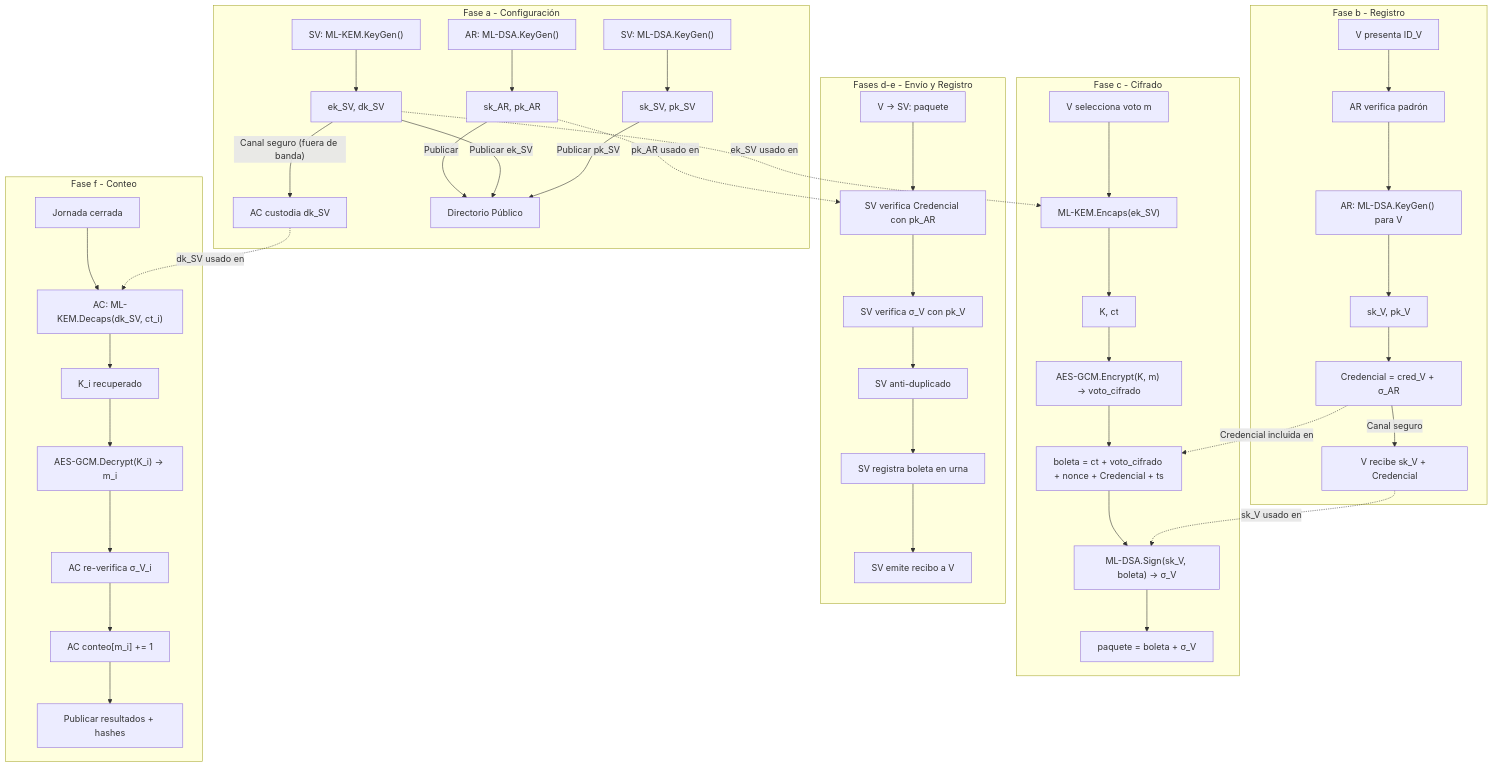
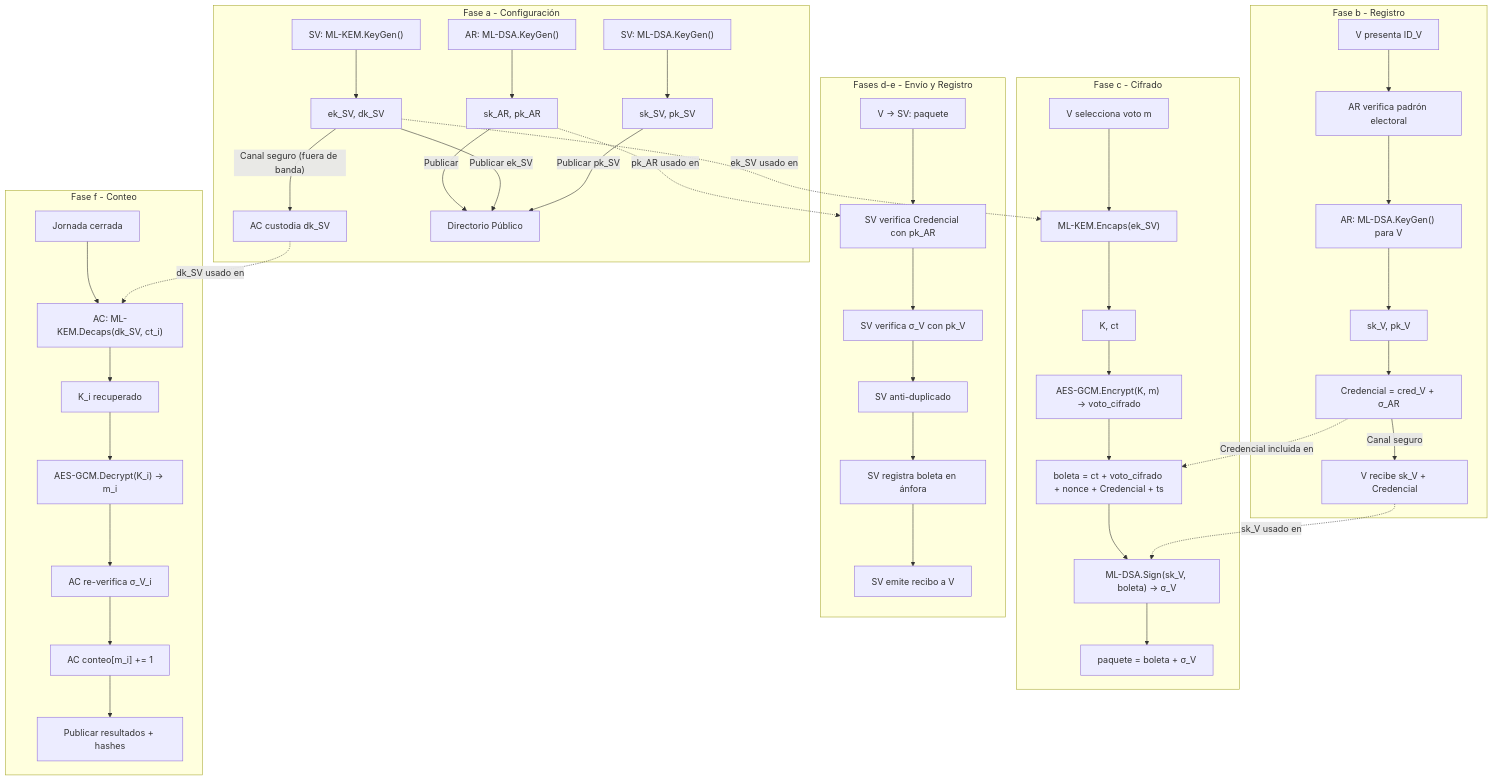
Before and after one commit to flavioabdon/cripto-reticulos: the second of 2 diagrams in docs/diagrama_flujo.md, drawn with Mermaid. The commit also changed other lines of this file and 33 other files, not shown here.

````diff
--- a/docs/diagrama_flujo.md
+++ b/docs/diagrama_flujo.md
@@ -226,52 +226,52 @@
 ```mermaid
 graph TD
     subgraph "Fase a - Configuración"
         A1["AR: ML-DSA.KeyGen()"] --> A2["sk_AR, pk_AR"]
         B1["SV: ML-KEM.KeyGen()"] --> B2["ek_SV, dk_SV"]
         B3["SV: ML-DSA.KeyGen()"] --> B4["sk_SV, pk_SV"]
         B2 -->|"Canal seguro (fuera de banda)"| C1["AC custodia dk_SV"]
         A2 -->|"Publicar"| DIR["Directorio Público"]
         B2 -->|"Publicar ek_SV"| DIR
         B4 -->|"Publicar pk_SV"| DIR
     end
 
     subgraph "Fase b - Registro"
-        D1["V presenta ID_V"] --> D2["AR verifica padrón"]
+        D1["V presenta ID_V"] --> D2["AR verifica padrón electoral"]
         D2 --> D3["AR: ML-DSA.KeyGen() para V"]
         D3 --> D4["sk_V, pk_V"]
         D4 --> D5["Credencial = cred_V + σ_AR"]
         D5 -->|"Canal seguro"| D6["V recibe sk_V + Credencial"]
     end
 
     subgraph "Fase c - Cifrado"
         E1["V selecciona voto m"] --> E2["ML-KEM.Encaps(ek_SV)"]
         E2 --> E3["K, ct"]
         E3 --> E4["AES-GCM.Encrypt(K, m) → voto_cifrado"]
         E4 --> E5["boleta = ct + voto_cifrado + nonce + Credencial + ts"]
         E5 --> E6["ML-DSA.Sign(sk_V, boleta) → σ_V"]
         E6 --> E7["paquete = boleta + σ_V"]
     end
 
     subgraph "Fases d-e - Envío y Registro"
         F1["V → SV: paquete"] --> F2["SV verifica Credencial con pk_AR"]
         F2 --> F3["SV verifica σ_V con pk_V"]
         F3 --> F4["SV anti-duplicado"]
-        F4 --> F5["SV registra boleta en urna"]
+        F4 --> F5["SV registra boleta en ánfora"]
         F5 --> F6["SV emite recibo a V"]
     end
 
     subgraph "Fase f - Conteo"
         G1["Jornada cerrada"] --> G2["AC: ML-KEM.Decaps(dk_SV, ct_i)"]
         G2 --> G3["K_i recuperado"]
         G3 --> G4["AES-GCM.Decrypt(K_i) → m_i"]
         G4 --> G5["AC re-verifica σ_V_i"]
         G5 --> G6["AC conteo[m_i] += 1"]
         G6 --> G7["Publicar resultados + hashes"]
     end
 
     A2 -.->|"pk_AR usado en"| F2
     B2 -.->|"ek_SV usado en"| E2
     C1 -.->|"dk_SV usado en"| G2
     D6 -.->|"sk_V usado en"| E6
     D5 -.->|"Credencial incluida en"| E5
 ```
````
